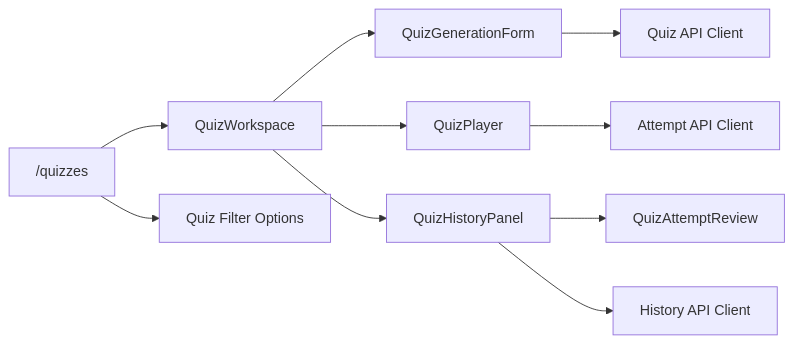
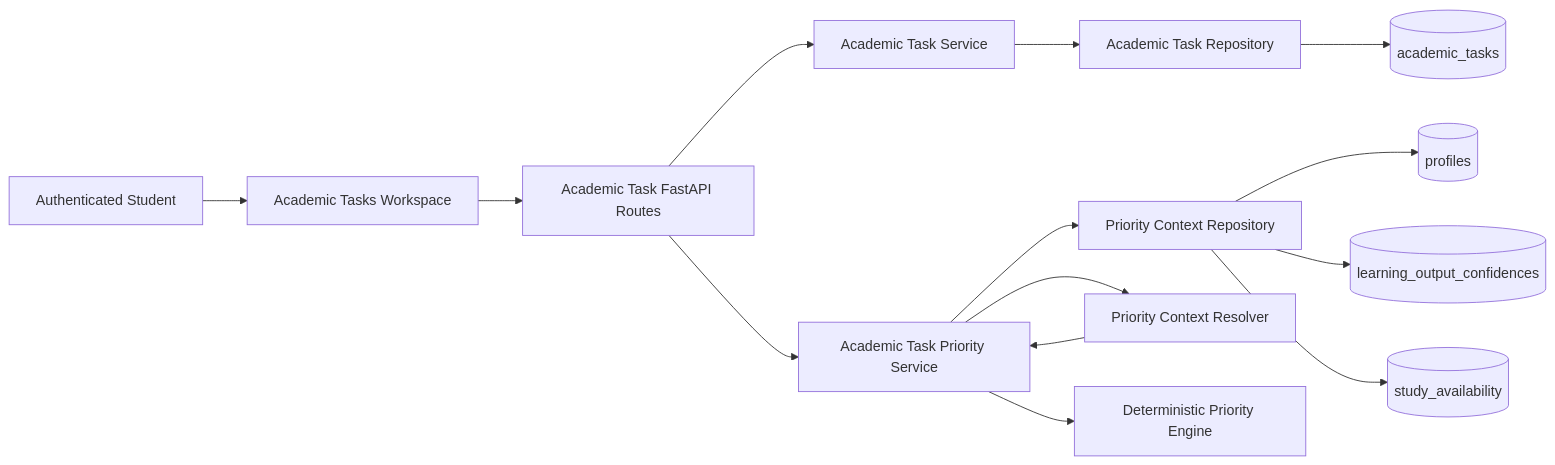
One commit to jianna-acc/stsp-capstone changed the tenth of 11 diagrams in docs/ARCHITECTURE.md. Above: the diagram before and after it, drawn with Mermaid. The commit also changed other lines of this file and 2 other files, not shown here.

Commit message:
docs(tasks): document academic tasks integration

````diff
--- a/docs/ARCHITECTURE.md
+++ b/docs/ARCHITECTURE.md
@@ -727,27 +904,37 @@
 ```mermaid
 flowchart LR
-    PAGE["/quizzes"]
-    WORKSPACE["QuizWorkspace"]
+    STUDENT["Authenticated Student"]
+    WORKSPACE["Academic Tasks Workspace"]
+    API["Academic Task FastAPI Routes"]
 
-    FORM["QuizGenerationForm"]
-    PLAYER["QuizPlayer"]
-    HISTORY["QuizHistoryPanel"]
-    REVIEW["QuizAttemptReview"]
+    CRUD["Academic Task Service"]
+    REPOSITORY["Academic Task Repository"]
 
-    OPTIONS["Quiz Filter Options"]
-    QUIZ_CLIENT["Quiz API Client"]
-    ATTEMPT_CLIENT["Attempt API Client"]
-    HISTORY_CLIENT["History API Client"]
+    PRIORITY["Academic Task Priority Service"]
+    CONTEXT_REPO["Priority Context Repository"]
+    CONTEXT["Priority Context Resolver"]
+    ENGINE["Deterministic Priority Engine"]
 
-    PAGE --> WORKSPACE
-    PAGE --> OPTIONS
+    TASKS[("academic_tasks")]
+    PROFILE[("profiles")]
+    CONFIDENCE[("learning_output_confidences")]
+    AVAILABILITY[("study_availability")]
 
-    WORKSPACE --> FORM
-    WORKSPACE --> PLAYER
-    WORKSPACE --> HISTORY
-    HISTORY --> REVIEW
+    STUDENT --> WORKSPACE
+    WORKSPACE --> API
 
-    FORM --> QUIZ_CLIENT
-    PLAYER --> ATTEMPT_CLIENT
-    HISTORY --> HISTORY_CLIENT
+    API --> CRUD
+    CRUD --> REPOSITORY
+    REPOSITORY --> TASKS
+
+    API --> PRIORITY
+    PRIORITY --> CONTEXT_REPO
+
+    CONTEXT_REPO --> PROFILE
+    CONTEXT_REPO --> CONFIDENCE
+    CONTEXT_REPO --> AVAILABILITY
+
+    PRIORITY --> CONTEXT
+    CONTEXT --> PRIORITY
+    PRIORITY --> ENGINE
 ```
````
